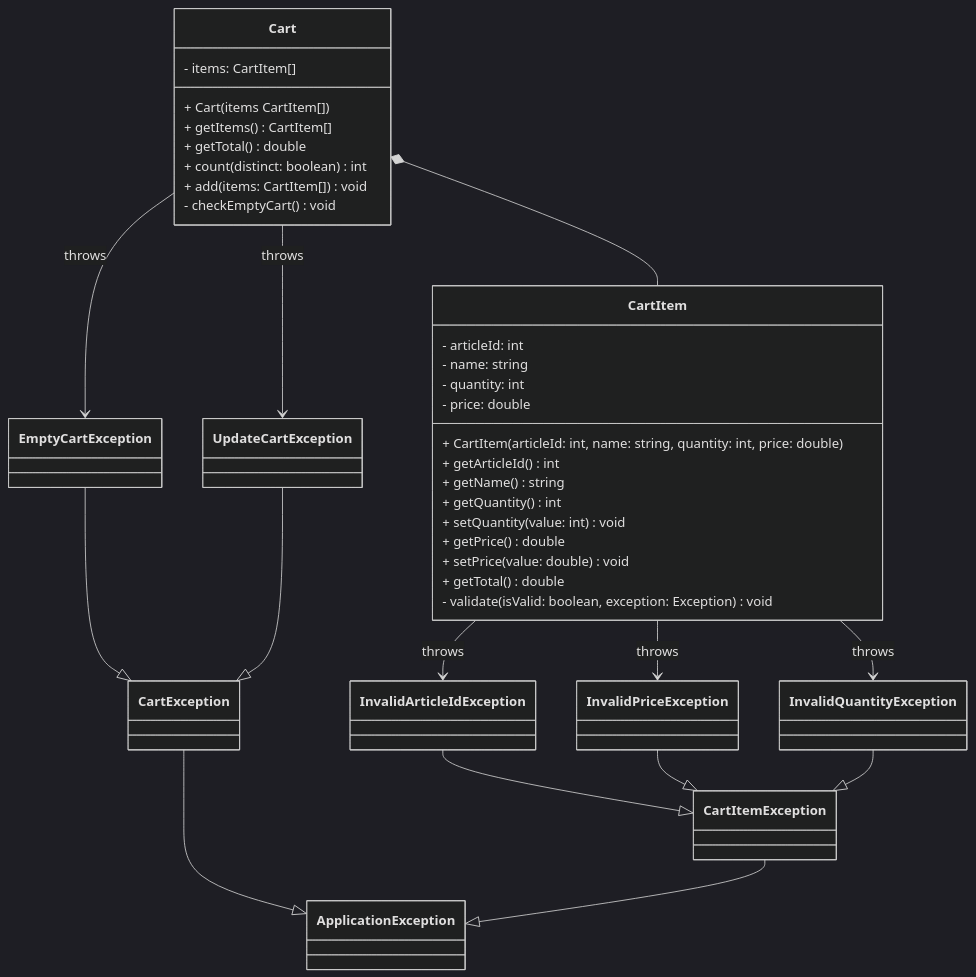
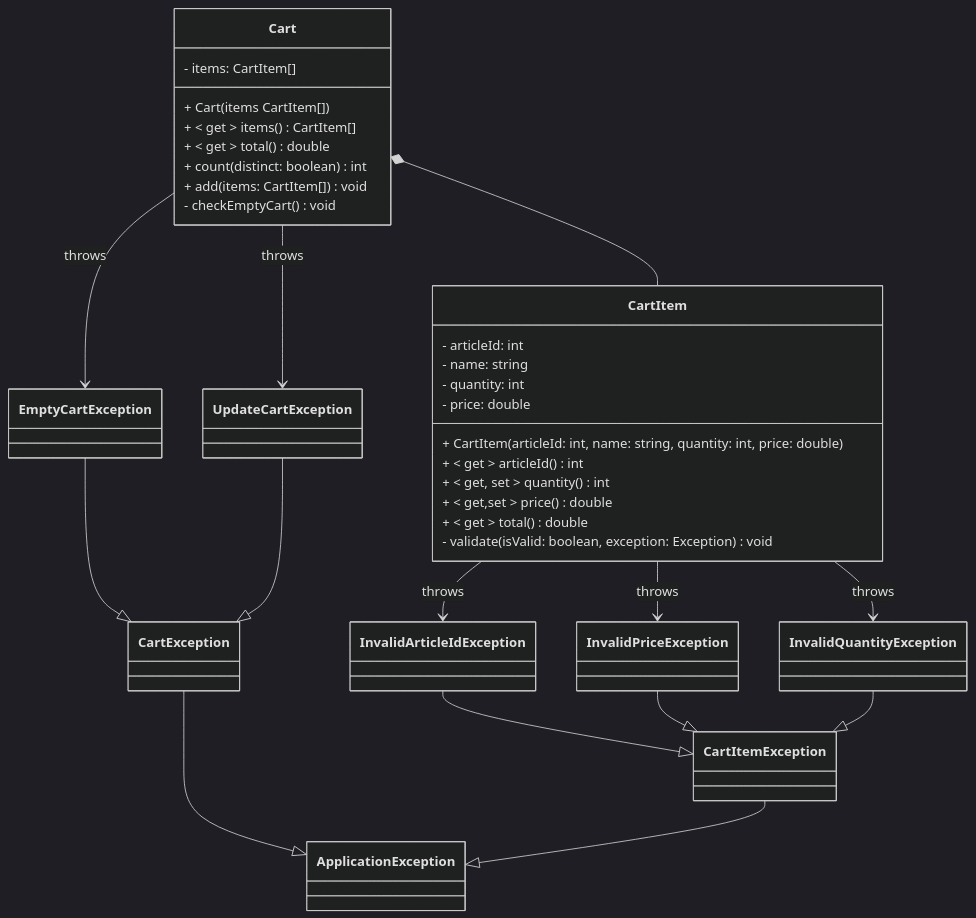
One commit to EthannSchneider/Shopping changed the diagram in docs/class-diagram.md. Above: the diagram before and after it, drawn with Mermaid (dark theme). The commit also changed 1 other file, not shown here.

Commit message:
docs: update class diagrams to reflect changes in Cart and CartItem methods for improved clarity

````diff
--- a/docs/class-diagram.md
+++ b/docs/class-diagram.md
@@ -1,71 +1,68 @@
 ```mermaid
 classDiagram
     class CartItem {
         - articleId: int
         - name: string
         - quantity: int
         - price: double
         + CartItem(articleId: int, name: string, quantity: int, price: double)
-        + getArticleId() int
-        + getName() string
-        + getQuantity() int
-        + setQuantity(value: int) void
-        + getPrice() double
-        + setPrice(value: double) void
-        + getTotal() double
+        + < get > articleId() int
+        + < get, set > quantity() int
+        + < get,set > price() double
+        + < get > total() double
         - validate(isValid: boolean, exception: Exception) void
     }
 
     class Cart {
         - items: CartItem[]
         + Cart(items CartItem[])
-        + getItems() CartItem[] 
-        + getTotal() double
+        + < get > items() CartItem[] 
+        + < get > total() double
         + count(distinct: boolean) int
         + add(items: CartItem[]) void
         - checkEmptyCart() void
     }
 
     Cart *-- CartItem
 
     class EmptyCartException {
     }
 
     class UpdateCartException {
     }
 
     class CartException {
     }
 
     class InvalidArticleIdException {
     }
 
     class InvalidPriceException {
     }
 
     class InvalidQuantityException {
     }
     
     class CartItemException {
     }
 
     class ApplicationException {
     }
 
     InvalidArticleIdException --|> CartItemException
     InvalidPriceException --|> CartItemException
     InvalidQuantityException --|> CartItemException
 
     EmptyCartException --|> CartException
     UpdateCartException --|> CartException
 
     CartException --|> ApplicationException
     CartItemException --|> ApplicationException
 
     CartItem --> InvalidArticleIdException : throws
     CartItem --> InvalidPriceException : throws
     CartItem --> InvalidQuantityException : throws
 
     Cart --> EmptyCartException : throws
     Cart --> UpdateCartException : throws
 ```
````
